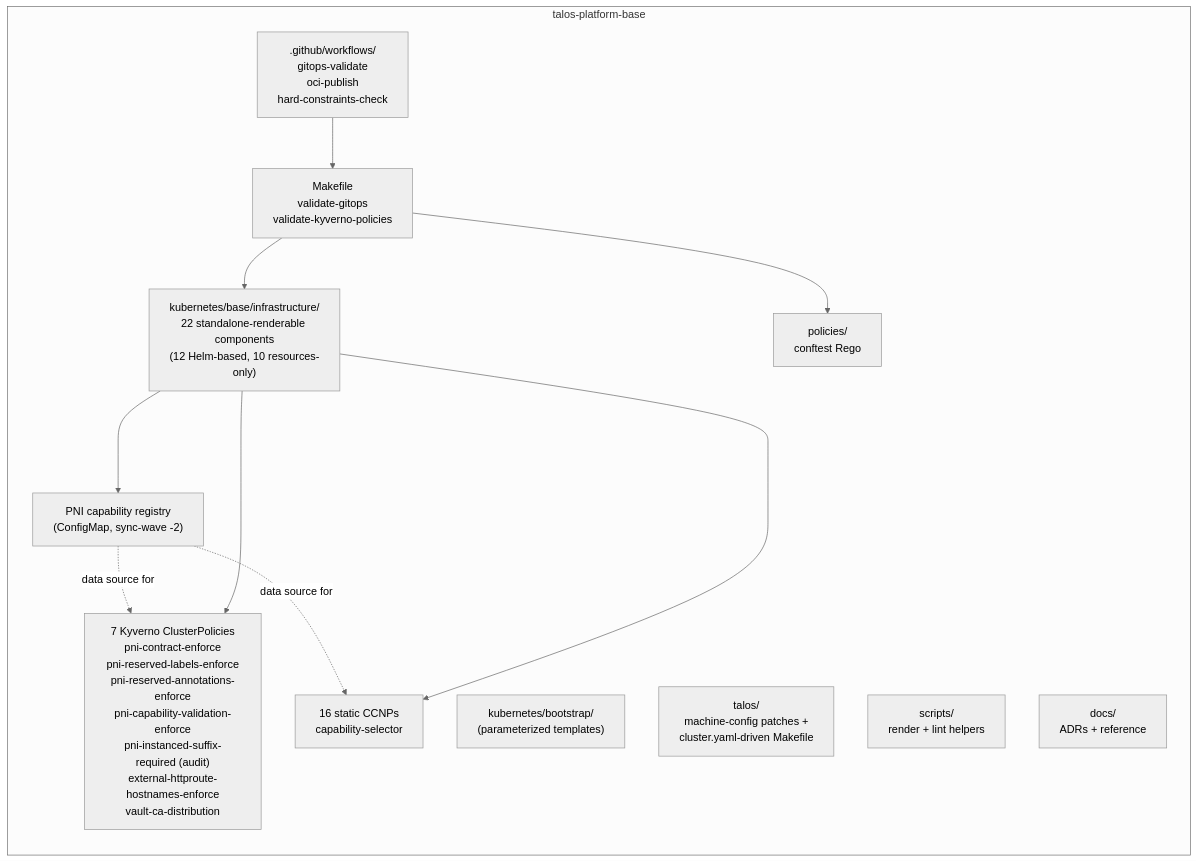
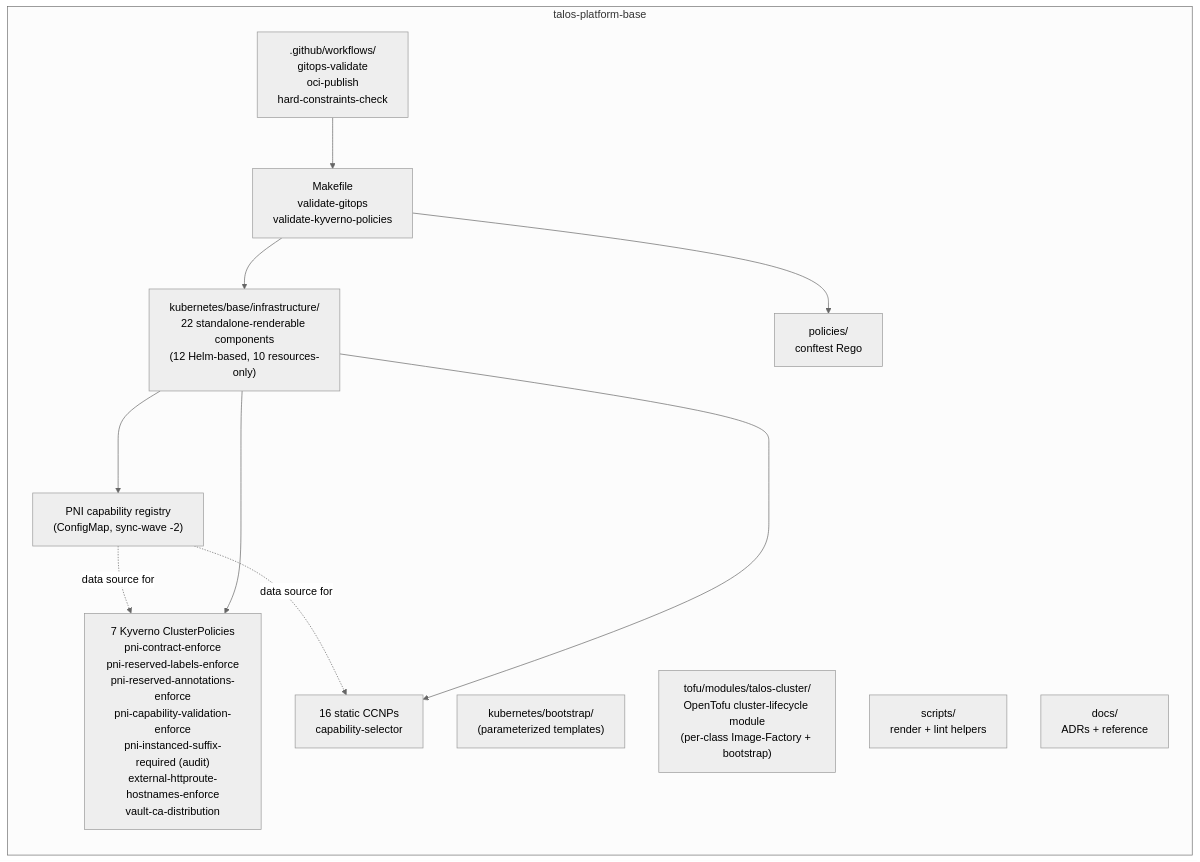
The second of 4 diagrams in ARCHITECTURE.md (Nosmoht/talos-platform-base), drawn with Mermaid before and after one commit. The commit also changed other lines of this file and 11 other files, not shown here.

First line of the commit message:
docs: cut over cluster-lifecycle docs to the OpenTofu module

````diff
--- a/ARCHITECTURE.md
+++ b/ARCHITECTURE.md
@@ -146,27 +146,27 @@
 ```mermaid
 %%{init: { "theme": "neutral" } }%%
 flowchart LR
   subgraph Base["talos-platform-base"]
     direction TB
     Make[Makefile<br/>validate-gitops<br/>validate-kyverno-policies]
     Boot["kubernetes/bootstrap/<br/>(parameterized templates)"]
     Infra["kubernetes/base/infrastructure/<br/>22 standalone-renderable components<br/>(12 Helm-based, 10 resources-only)"]
-    Talos["talos/<br/>machine-config patches +<br/>cluster.yaml-driven Makefile"]
+    Talos["tofu/modules/talos-cluster/<br/>OpenTofu cluster-lifecycle module<br/>(per-class Image-Factory + bootstrap)"]
     Pol["policies/<br/>conftest Rego"]
     Scripts["scripts/<br/>render + lint helpers"]
     Docs["docs/<br/>ADRs + reference"]
     CI[".github/workflows/<br/>gitops-validate<br/>oci-publish<br/>hard-constraints-check"]
     Reg["PNI capability registry<br/>(ConfigMap, sync-wave -2)"]
     Pol2["7 Kyverno ClusterPolicies<br/>pni-contract-enforce<br/>pni-reserved-labels-enforce<br/>pni-reserved-annotations-enforce<br/>pni-capability-validation-enforce<br/>pni-instanced-suffix-required (audit)<br/>external-httproute-hostnames-enforce<br/>vault-ca-distribution"]
     CCNP["16 static CCNPs<br/>capability-selector"]
 
     Reg -.->|"data source for"| Pol2
     Reg -.->|"data source for"| CCNP
     Infra ---> Reg
     Infra ---> Pol2
     Infra ---> CCNP
     Make --> Pol
     Make --> Infra
     CI --> Make
   end
 ```
````
